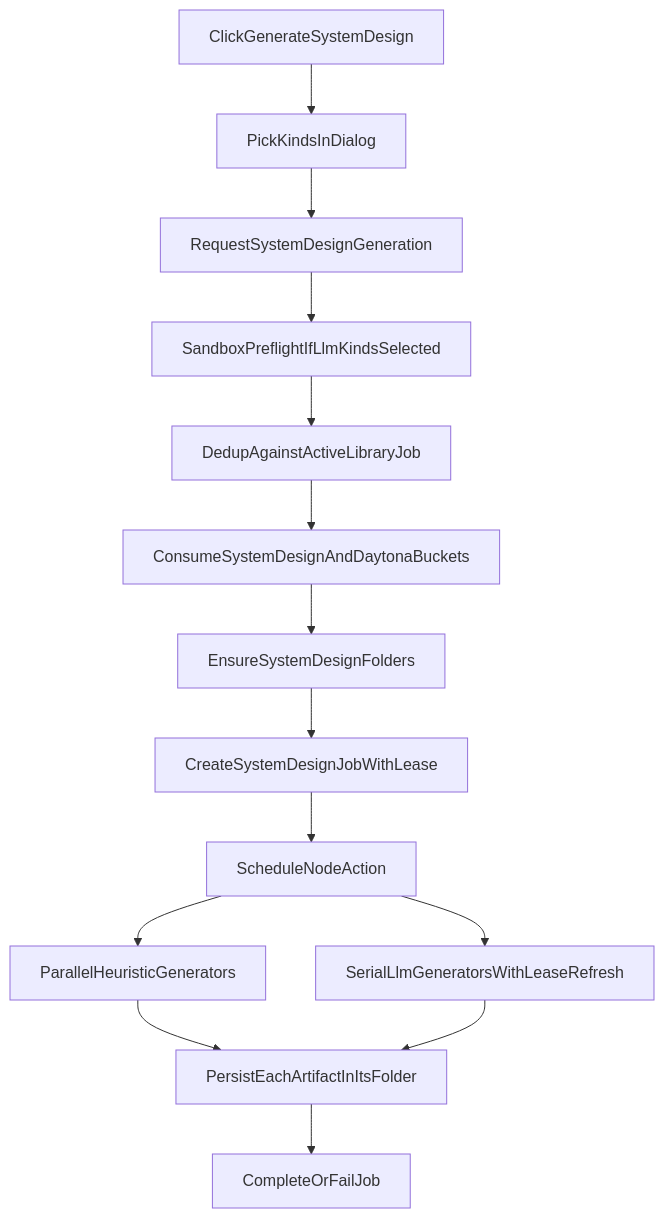
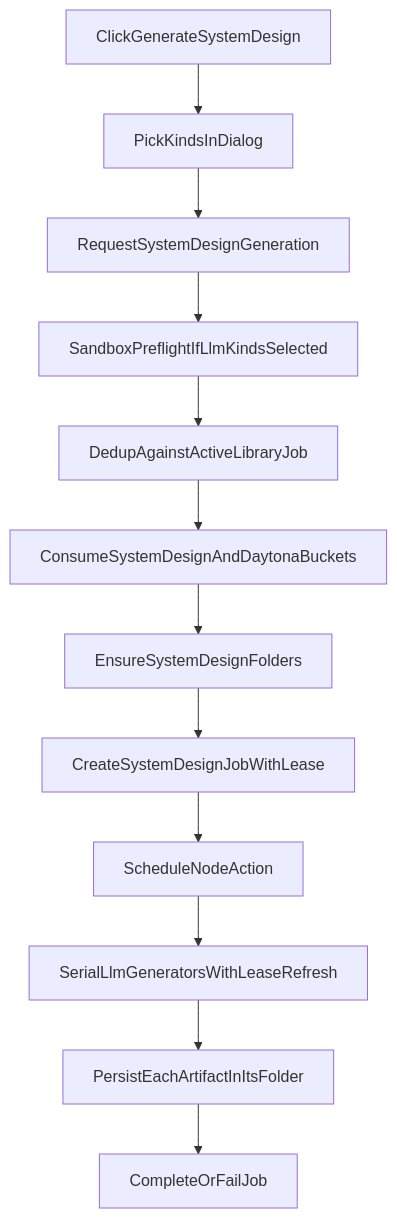
Before and after one commit to EricTsai83/systify: the third of 3 diagrams in docs/chat-and-analysis-pipeline.md, drawn with Mermaid. The commit also changed other lines of this file and 2 other files, not shown here.

Commit message:
Remove heuristic pass from System Design generation
- Remove parallel HeuristicPass, consolidate to SerialLlmGeneratorsWithLeaseRefresh only
- Update docs and comments to reflect single generation pass
- Add defensive type checks for unknown System Design kinds in banner

````diff
--- a/docs/chat-and-analysis-pipeline.md
+++ b/docs/chat-and-analysis-pipeline.md
@@ -207,30 +207,27 @@
 ```mermaid
 flowchart TD
   Click[ClickGenerateSystemDesign]
   Dialog[PickKindsInDialog]
   Request[RequestSystemDesignGeneration]
   Preflight[SandboxPreflightIfLlmKindsSelected]
   Dedup[DedupAgainstActiveLibraryJob]
   RateLimit[ConsumeSystemDesignAndDaytonaBuckets]
   SeedFolders[EnsureSystemDesignFolders]
   CreateJob[CreateSystemDesignJobWithLease]
   Schedule[ScheduleNodeAction]
-  HeuristicPass[ParallelHeuristicGenerators]
-  LlmPass[SerialLlmGeneratorsWithLeaseRefresh]
+  Generate[SerialLlmGeneratorsWithLeaseRefresh]
   Persist[PersistEachArtifactInItsFolder]
   Finish[CompleteOrFailJob]
 
   Click --> Dialog
   Dialog --> Request
   Request --> Preflight
   Preflight --> Dedup
   Dedup --> RateLimit
   RateLimit --> SeedFolders
   SeedFolders --> CreateJob
   CreateJob --> Schedule
-  Schedule --> HeuristicPass
-  Schedule --> LlmPass
-  HeuristicPass --> Persist
-  LlmPass --> Persist
+  Schedule --> Generate
+  Generate --> Persist
   Persist --> Finish
 ```
````
